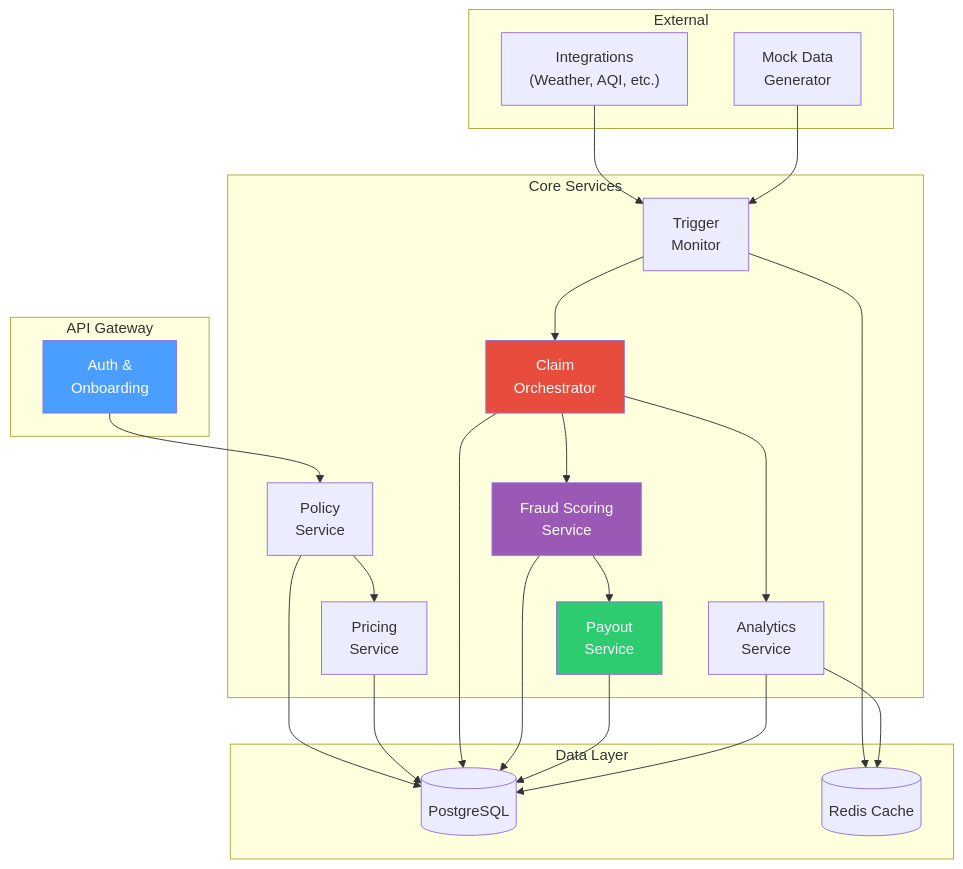
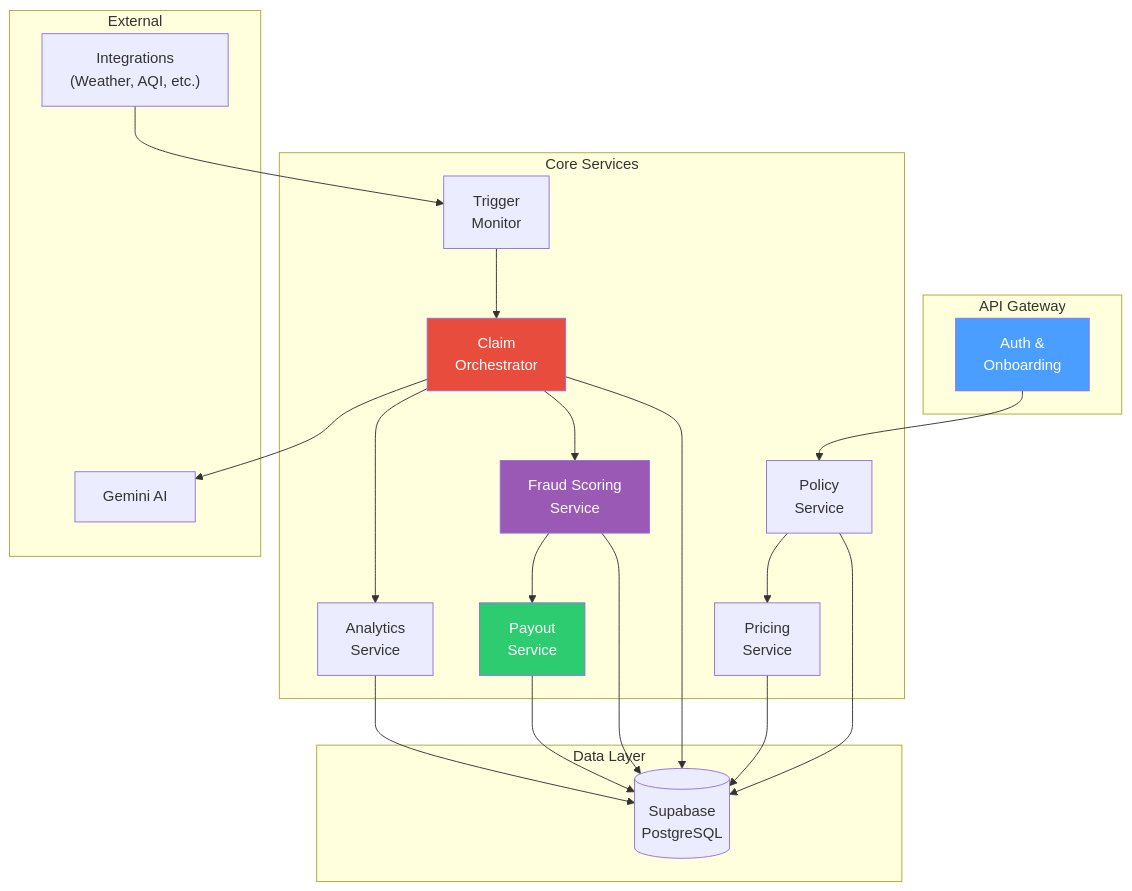
One commit to Chorko/Celestius_Covara_One_P1 changed the diagram in backend/README.md. Above: the diagram before and after it, drawn with Mermaid. The commit also changed other lines of this file and 31 other files, not shown here.

````diff
--- a/backend/README.md
+++ b/backend/README.md
@@ -68,43 +64,40 @@
 ```mermaid
 flowchart TD
     subgraph "API Gateway"
         AUTH["Auth &<br/>Onboarding"]
     end
 
     subgraph "Core Services"
         PS["Policy<br/>Service"]
         PR["Pricing<br/>Service"]
         TM["Trigger<br/>Monitor"]
         CO["Claim<br/>Orchestrator"]
         FS["Fraud Scoring<br/>Service"]
         PO["Payout<br/>Service"]
         AS["Analytics<br/>Service"]
     end
 
     subgraph "Data Layer"
-        DB[("PostgreSQL")]
-        RD[("Redis Cache")]
+        DB[("Supabase<br/>PostgreSQL")]
     end
 
     subgraph "External"
+        GM["Gemini AI"]
         EX["Integrations<br/>(Weather, AQI, etc.)"]
-        MD["Mock Data<br/>Generator"]
     end
 
     AUTH --> PS
     PS --> PR
     EX --> TM
-    MD --> TM
     TM --> CO
     CO --> FS
     FS --> PO
     CO --> AS
+    CO --> GM
     PS & PR & CO & FS & PO & AS --> DB
-    TM --> RD
-    AS --> RD
 
     style AUTH fill:#4a9eff,color:#fff
     style CO fill:#e74c3c,color:#fff
     style FS fill:#9b59b6,color:#fff
     style PO fill:#2ecc71,color:#fff
 ```
````
